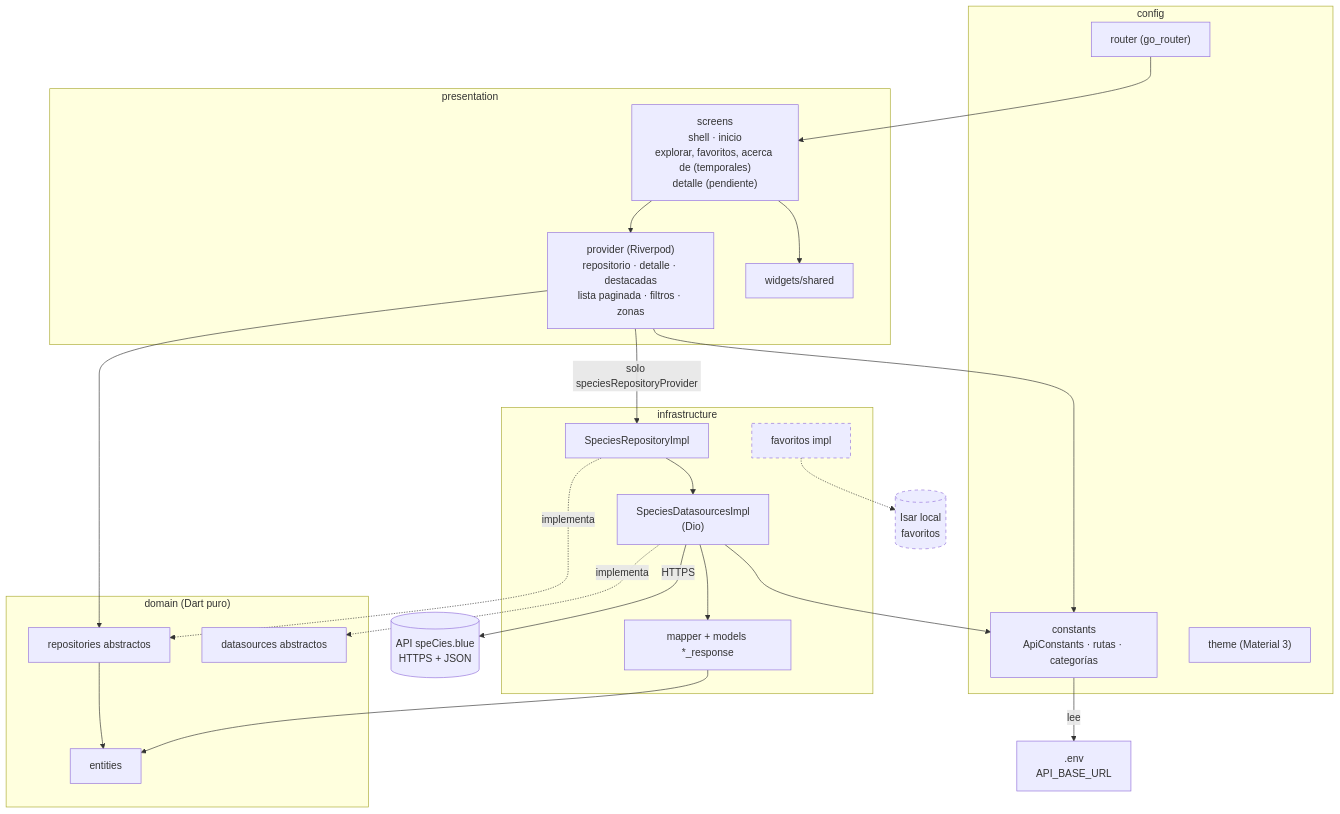
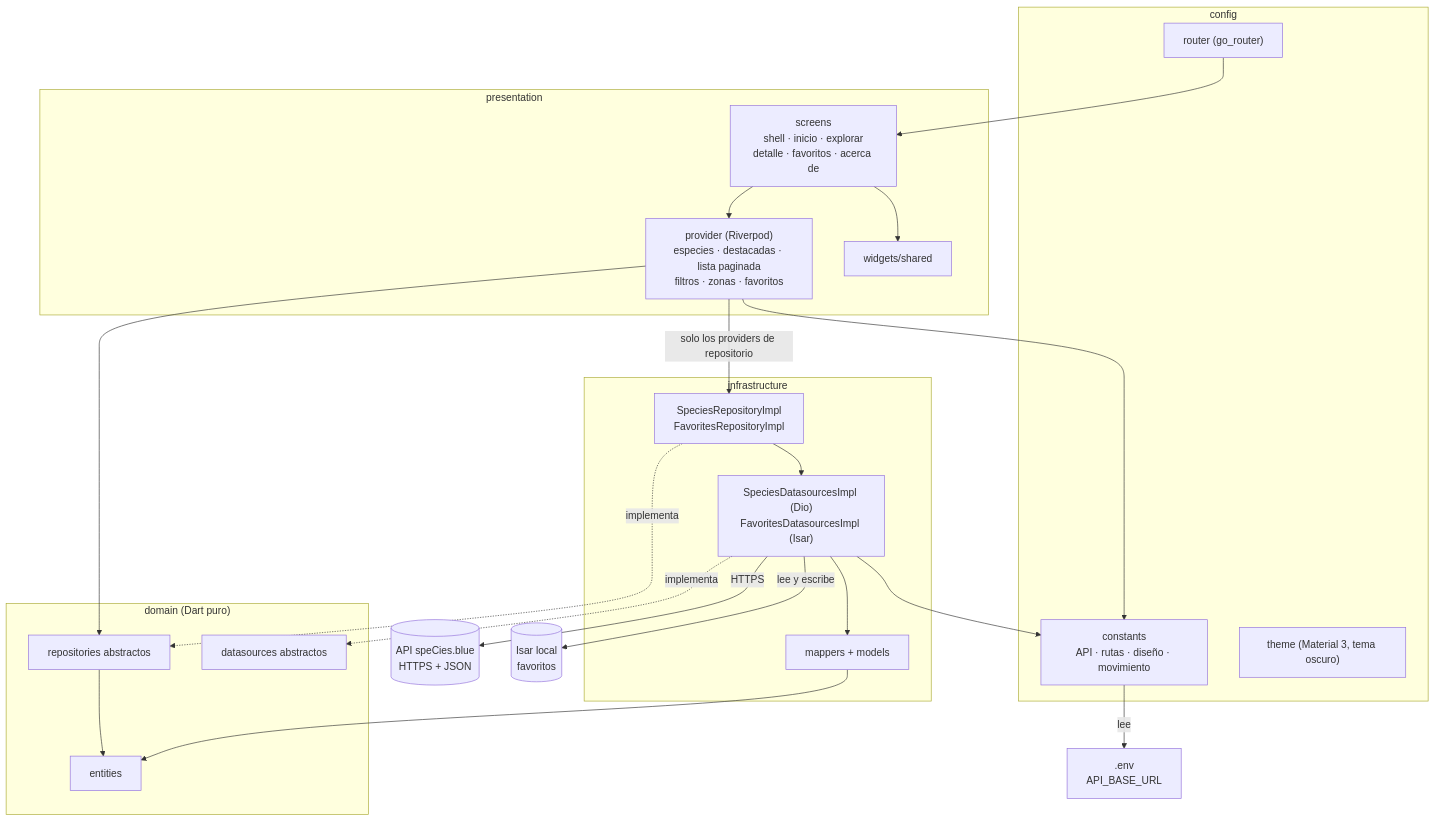
One commit to ErnestAlf222/flutter-marine-app changed the first of 3 diagrams in README.md. Above: the diagram before and after it, drawn with Mermaid. The commit also changed other lines of this file and 55 other files, not shown here.

````diff
--- a/README.md
+++ b/README.md
@@ -11,50 +21,47 @@
 ```mermaid
 flowchart TB
     ENV[".env<br/>API_BASE_URL"]
     API[("API speCies.blue<br/>HTTPS + JSON")]
-    ISAR[("Isar local<br/>favoritos")]:::pending
+    ISAR[("Isar local<br/>favoritos")]
 
     subgraph presentation["presentation"]
-        SCREENS["screens<br/>shell · inicio<br/>explorar, favoritos, acerca de (temporales)<br/>detalle (pendiente)"]
-        PROVIDERS["provider (Riverpod)<br/>repositorio · detalle · destacadas<br/>lista paginada · filtros · zonas"]
+        SCREENS["screens<br/>shell · inicio · explorar<br/>detalle · favoritos · acerca de"]
+        PROVIDERS["provider (Riverpod)<br/>especies · destacadas · lista paginada<br/>filtros · zonas · favoritos"]
         WIDGETS["widgets/shared"]
     end
 
     subgraph domain["domain (Dart puro)"]
         ENT["entities"]
         REPO["repositories abstractos"]
         DS["datasources abstractos"]
     end
 
     subgraph infrastructure["infrastructure"]
-        REPOIMPL["SpeciesRepositoryImpl"]
-        DSIMPL["SpeciesDatasourcesImpl<br/>(Dio)"]
-        MAP["mapper + models *_response"]
-        FAVIMPL["favoritos impl"]:::pending
+        REPOIMPL["SpeciesRepositoryImpl<br/>FavoritesRepositoryImpl"]
+        DSIMPL["SpeciesDatasourcesImpl (Dio)<br/>FavoritesDatasourcesImpl (Isar)"]
+        MAP["mappers + models"]
     end
 
     subgraph config["config"]
-        CONST["constants<br/>ApiConstants · rutas · categorías"]
+        CONST["constants<br/>API · rutas · diseño · movimiento"]
         ROUTER["router (go_router)"]
-        THEME["theme (Material 3)"]
+        THEME["theme (Material 3, tema oscuro)"]
     end
 
     SCREENS --> PROVIDERS
     SCREENS --> WIDGETS
     PROVIDERS --> REPO
-    PROVIDERS -->|"solo speciesRepositoryProvider"| REPOIMPL
+    PROVIDERS -->|"solo los providers de repositorio"| REPOIMPL
     REPOIMPL -.->|implementa| REPO
     DSIMPL -.->|implementa| DS
     REPOIMPL --> DSIMPL
     DSIMPL --> MAP
     MAP --> ENT
     REPO --> ENT
     DSIMPL --> CONST
     CONST -->|lee| ENV
     DSIMPL -->|HTTPS| API
-    FAVIMPL -.-> ISAR
+    DSIMPL -->|lee y escribe| ISAR
     ROUTER --> SCREENS
     PROVIDERS --> CONST
-
-    classDef pending stroke-dasharray: 5 5
 ```
````
